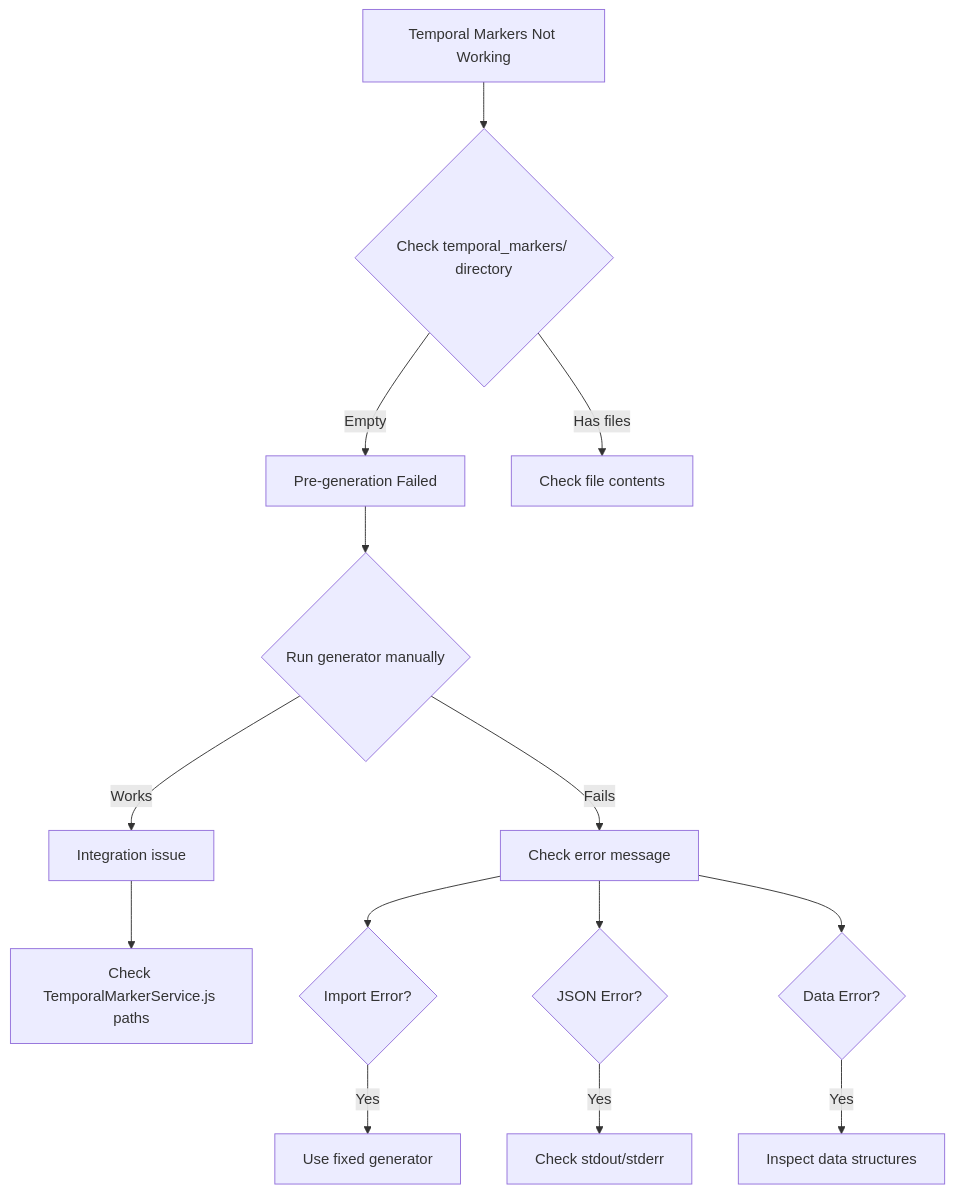
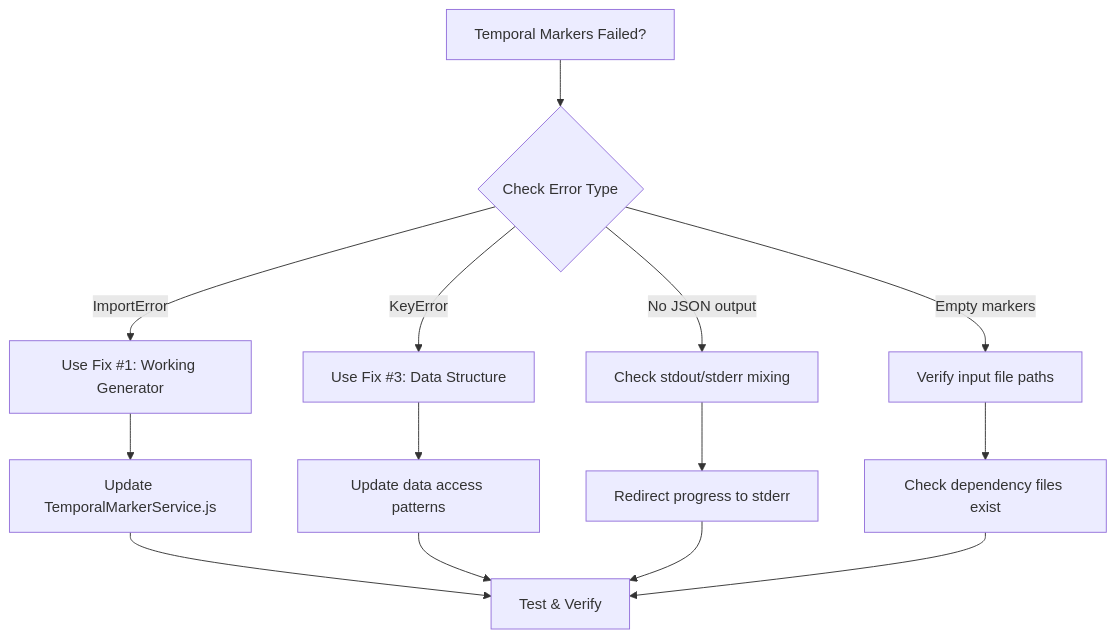
The diagram in TemporalMarkerBugs0807.md (TumiLabsJN/RumiAIv3), drawn with Mermaid before and after one commit. The commit also changed other lines of this file and 58 other files, not shown here.

Commit message:
Post Big Bang. New Flow working. Pre improvement to match node test_rumiai_complete_flow

````diff
--- a/TemporalMarkerBugs0807.md
+++ b/TemporalMarkerBugs0807.md
@@ -188,19 +100,18 @@
 ```mermaid
 graph TD
-    A[Temporal Markers Not Working] --> B{Check temporal_markers/ directory}
-    B -->|Empty| C[Pre-generation Failed]
-    B -->|Has files| D[Check file contents]
+    A[Temporal Markers Failed?] --> B{Check Error Type}
+    B -->|ImportError| C[Use Fix #1: Working Generator]
+    B -->|KeyError| D[Use Fix #3: Data Structure]
+    B -->|No JSON output| E[Check stdout/stderr mixing]
+    B -->|Empty markers| F[Verify input file paths]
     
-    C --> E{Run generator manually}
-    E -->|Works| F[Integration issue]
-    E -->|Fails| G[Check error message]
+    C --> G[Update TemporalMarkerService.js]
+    D --> H[Update data access patterns]
+    E --> I[Redirect progress to stderr]
+    F --> J[Check dependency files exist]
     
-    F --> H[Check TemporalMarkerService.js paths]
-    G --> I{Import Error?}
-    G --> J{JSON Error?}
-    G --> K{Data Error?}
-    
-    I -->|Yes| L[Use fixed generator]
-    J -->|Yes| M[Check stdout/stderr]
-    K -->|Yes| N[Inspect data structures]
+    G --> K[Test & Verify]
+    H --> K
+    I --> K
+    J --> K
 ```
````
